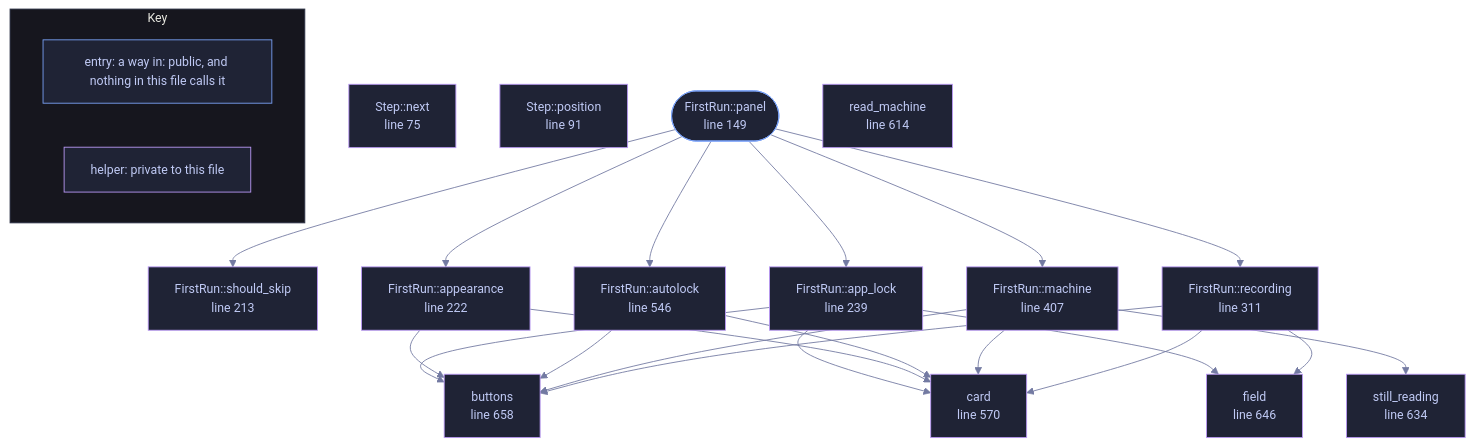
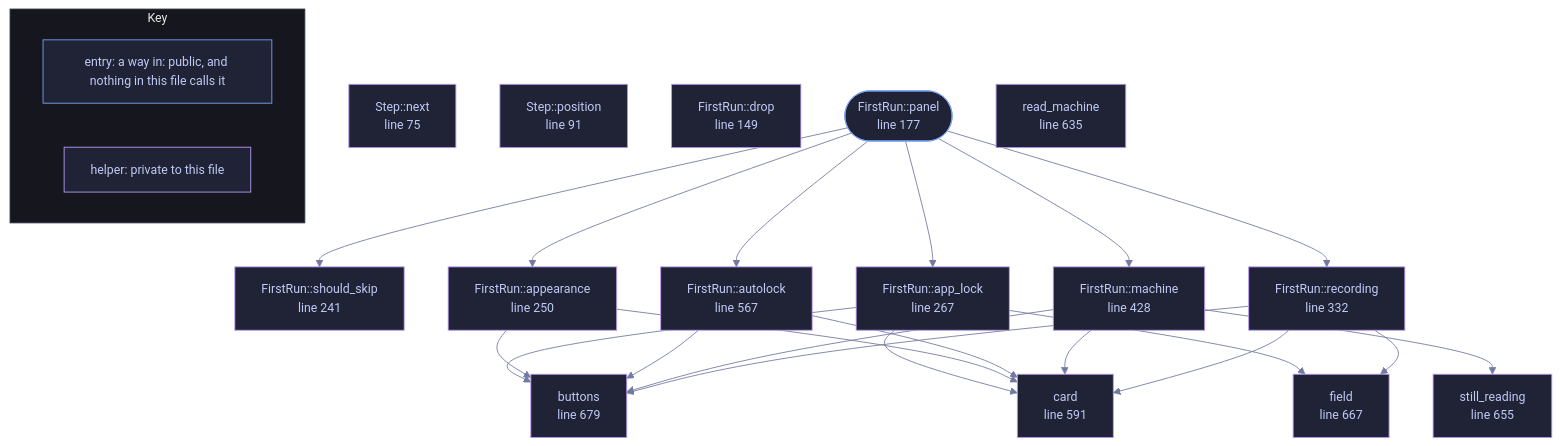
One commit to tilas01/veilvoice changed the diagram in docs/files/veilvoice-gui/firstrun.md. Above: the diagram before and after it, drawn with Mermaid. The commit also changed other lines of this file and 514 other files, not shown here.

````diff
--- a/docs/files/veilvoice-gui/firstrun.md
+++ b/docs/files/veilvoice-gui/firstrun.md
@@ -102,62 +101,64 @@
 ```mermaid
 %%{init: {"theme":"base","themeVariables":{"background":"#1a1b26","primaryColor":"#1f2335","primaryTextColor":"#c0caf5","primaryBorderColor":"#7aa2f7","secondaryColor":"#16161e","tertiaryColor":"#16161e","lineColor":"#737aa2","textColor":"#c0caf5","mainBkg":"#1f2335","nodeBorder":"#7aa2f7","clusterBkg":"#16161e","clusterBorder":"#2f3549","fontFamily":"ui-monospace, SFMono-Regular, Consolas, monospace","fontSize":"14px"}}}%%
 flowchart TD
     n_next["Step::next<br/>line 75"]
     n_position["Step::position<br/>line 91"]
-    n_panel(["FirstRun::panel<br/>line 149"])
-    n_should_skip["FirstRun::should_skip<br/>line 213"]
-    n_appearance["FirstRun::appearance<br/>line 222"]
-    n_app_lock["FirstRun::app_lock<br/>line 239"]
-    n_recording["FirstRun::recording<br/>line 311"]
-    n_machine["FirstRun::machine<br/>line 407"]
-    n_autolock["FirstRun::autolock<br/>line 546"]
-    n_card["card<br/>line 570"]
-    n_read_machine["read_machine<br/>line 614"]
-    n_still_reading["still_reading<br/>line 634"]
-    n_field["field<br/>line 646"]
-    n_buttons["buttons<br/>line 658"]
+    n_drop["FirstRun::drop<br/>line 149"]
+    n_panel(["FirstRun::panel<br/>line 177"])
+    n_should_skip["FirstRun::should_skip<br/>line 241"]
+    n_appearance["FirstRun::appearance<br/>line 250"]
+    n_app_lock["FirstRun::app_lock<br/>line 267"]
+    n_recording["FirstRun::recording<br/>line 332"]
+    n_machine["FirstRun::machine<br/>line 428"]
+    n_autolock["FirstRun::autolock<br/>line 567"]
+    n_card["card<br/>line 591"]
+    n_read_machine["read_machine<br/>line 635"]
+    n_still_reading["still_reading<br/>line 655"]
+    n_field["field<br/>line 667"]
+    n_buttons["buttons<br/>line 679"]
     n_app_lock --> n_buttons
     n_app_lock --> n_card
     n_app_lock --> n_field
     n_appearance --> n_buttons
     n_appearance --> n_card
     n_autolock --> n_buttons
     n_autolock --> n_card
     n_machine --> n_buttons
     n_machine --> n_card
     n_machine --> n_still_reading
     n_panel --> n_app_lock
     n_panel --> n_appearance
     n_panel --> n_autolock
     n_panel --> n_machine
     n_panel --> n_recording
     n_panel --> n_should_skip
     n_recording --> n_buttons
     n_recording --> n_card
     n_recording --> n_field
     click n_next href "https://github.com/tilas01/veilvoice/blob/main/crates/veilvoice-gui/src/firstrun.rs#L75" "open the source"
     click n_position href "https://github.com/tilas01/veilvoice/blob/main/crates/veilvoice-gui/src/firstrun.rs#L91" "open the source"
-    click n_panel href "https://github.com/tilas01/veilvoice/blob/main/crates/veilvoice-gui/src/firstrun.rs#L149" "open the source"
-    click n_should_skip href "https://github.com/tilas01/veilvoice/blob/main/crates/veilvoice-gui/src/firstrun.rs#L213" "open the source"
-    click n_appearance href "https://github.com/tilas01/veilvoice/blob/main/crates/veilvoice-gui/src/firstrun.rs#L222" "open the source"
-    click n_app_lock href "https://github.com/tilas01/veilvoice/blob/main/crates/veilvoice-gui/src/firstrun.rs#L239" "open the source"
-    click n_recording href "https://github.com/tilas01/veilvoice/blob/main/crates/veilvoice-gui/src/firstrun.rs#L311" "open the source"
-    click n_machine href "https://github.com/tilas01/veilvoice/blob/main/crates/veilvoice-gui/src/firstrun.rs#L407" "open the source"
-    click n_autolock href "https://github.com/tilas01/veilvoice/blob/main/crates/veilvoice-gui/src/firstrun.rs#L546" "open the source"
-    click n_card href "https://github.com/tilas01/veilvoice/blob/main/crates/veilvoice-gui/src/firstrun.rs#L570" "open the source"
-    click n_read_machine href "https://github.com/tilas01/veilvoice/blob/main/crates/veilvoice-gui/src/firstrun.rs#L614" "open the source"
-    click n_still_reading href "https://github.com/tilas01/veilvoice/blob/main/crates/veilvoice-gui/src/firstrun.rs#L634" "open the source"
-    click n_field href "https://github.com/tilas01/veilvoice/blob/main/crates/veilvoice-gui/src/firstrun.rs#L646" "open the source"
-    click n_buttons href "https://github.com/tilas01/veilvoice/blob/main/crates/veilvoice-gui/src/firstrun.rs#L658" "open the source"
+    click n_drop href "https://github.com/tilas01/veilvoice/blob/main/crates/veilvoice-gui/src/firstrun.rs#L149" "open the source"
+    click n_panel href "https://github.com/tilas01/veilvoice/blob/main/crates/veilvoice-gui/src/firstrun.rs#L177" "open the source"
+    click n_should_skip href "https://github.com/tilas01/veilvoice/blob/main/crates/veilvoice-gui/src/firstrun.rs#L241" "open the source"
+    click n_appearance href "https://github.com/tilas01/veilvoice/blob/main/crates/veilvoice-gui/src/firstrun.rs#L250" "open the source"
+    click n_app_lock href "https://github.com/tilas01/veilvoice/blob/main/crates/veilvoice-gui/src/firstrun.rs#L267" "open the source"
+    click n_recording href "https://github.com/tilas01/veilvoice/blob/main/crates/veilvoice-gui/src/firstrun.rs#L332" "open the source"
+    click n_machine href "https://github.com/tilas01/veilvoice/blob/main/crates/veilvoice-gui/src/firstrun.rs#L428" "open the source"
+    click n_autolock href "https://github.com/tilas01/veilvoice/blob/main/crates/veilvoice-gui/src/firstrun.rs#L567" "open the source"
+    click n_card href "https://github.com/tilas01/veilvoice/blob/main/crates/veilvoice-gui/src/firstrun.rs#L591" "open the source"
+    click n_read_machine href "https://github.com/tilas01/veilvoice/blob/main/crates/veilvoice-gui/src/firstrun.rs#L635" "open the source"
+    click n_still_reading href "https://github.com/tilas01/veilvoice/blob/main/crates/veilvoice-gui/src/firstrun.rs#L655" "open the source"
+    click n_field href "https://github.com/tilas01/veilvoice/blob/main/crates/veilvoice-gui/src/firstrun.rs#L667" "open the source"
+    click n_buttons href "https://github.com/tilas01/veilvoice/blob/main/crates/veilvoice-gui/src/firstrun.rs#L679" "open the source"
     classDef entry fill:#1f2335,stroke:#7aa2f7,color:#c0caf5
     class n_panel entry
     classDef helper fill:#1f2335,stroke:#bb9af7,color:#c0caf5
-    class n_next,n_position,n_should_skip,n_appearance,n_app_lock,n_recording,n_machine,n_autolock,n_card,n_read_machine,n_still_reading,n_field,n_buttons helper
+    class n_next,n_position,n_drop,n_should_skip,n_appearance,n_app_lock,n_recording,n_machine,n_autolock,n_card,n_read_machine,n_still_reading,n_field,n_buttons helper
     subgraph chart_key ["Key"]
         direction LR
         key_entry["entry: a way in: public, and nothing in this file calls it"]
         key_helper["helper: private to this file"]
     end
     class key_entry entry
     class key_helper helper
 ```
````
